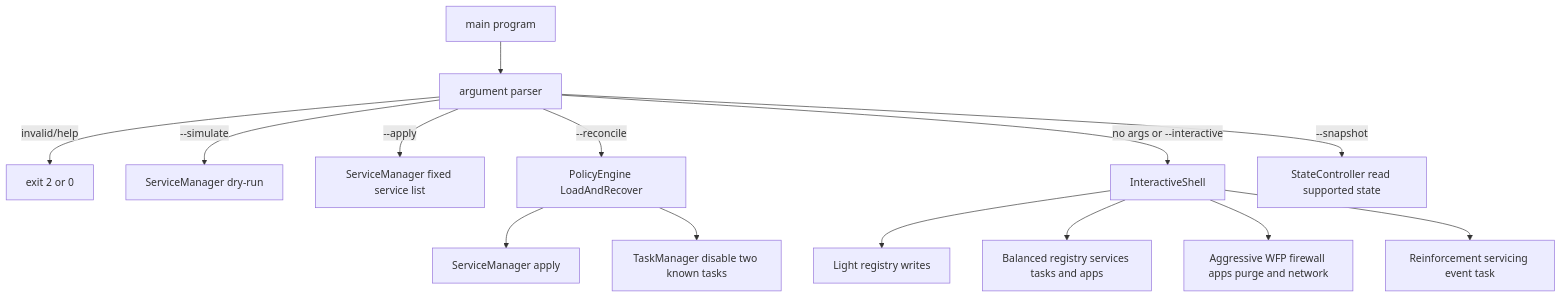
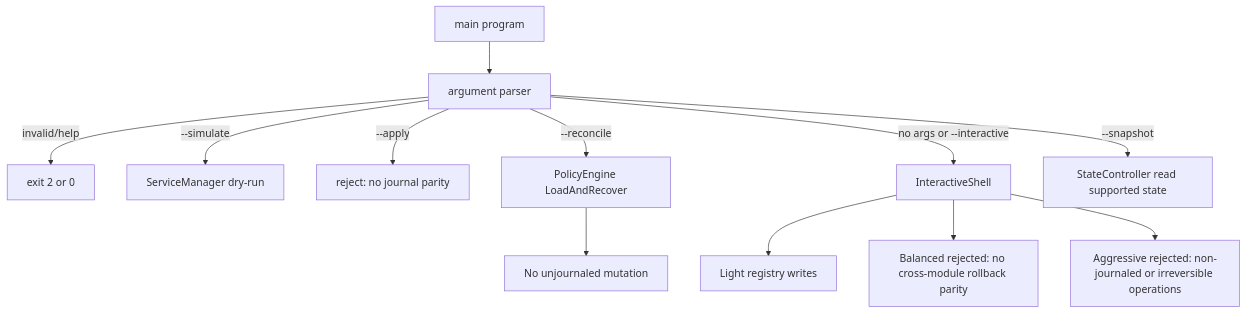
The first of 3 diagrams in docs/ARCHITECTURE.md (genesisgzdev/Aegis11), drawn with Mermaid before and after one commit. The commit also changed other lines of this file and 22 other files, not shown here.

````diff
--- a/docs/ARCHITECTURE.md
+++ b/docs/ARCHITECTURE.md
@@ -11,16 +11,14 @@
-~~~mermaid
+```mermaid
 flowchart TD
     MAIN[main program] --> P[argument parser]
     P -->|invalid/help| EXIT[exit 2 or 0]
     P -->|--simulate| DRY[ServiceManager dry-run]
-    P -->|--apply| APPLY[ServiceManager fixed service list]
+    P -->|--apply| APPLY["reject: no journal parity"]
     P -->|--reconcile| REC[PolicyEngine LoadAndRecover]
-    REC --> S[ServiceManager apply]
-    REC --> T[TaskManager disable two known tasks]
+    REC --> SAFE[No unjournaled mutation]
     P -->|no args or --interactive| UI[InteractiveShell]
     P -->|--snapshot| SNAP[StateController read supported state]
     UI --> L[Light registry writes]
-    UI --> B[Balanced registry services tasks and apps]
-    UI --> A[Aggressive WFP firewall apps purge and network]
-    UI --> W[Reinforcement servicing event task]
-~~~
+    UI --> B["Balanced rejected: no cross-module rollback parity"]
+    UI --> A["Aggressive rejected: non-journaled or irreversible operations"]
+```
````
